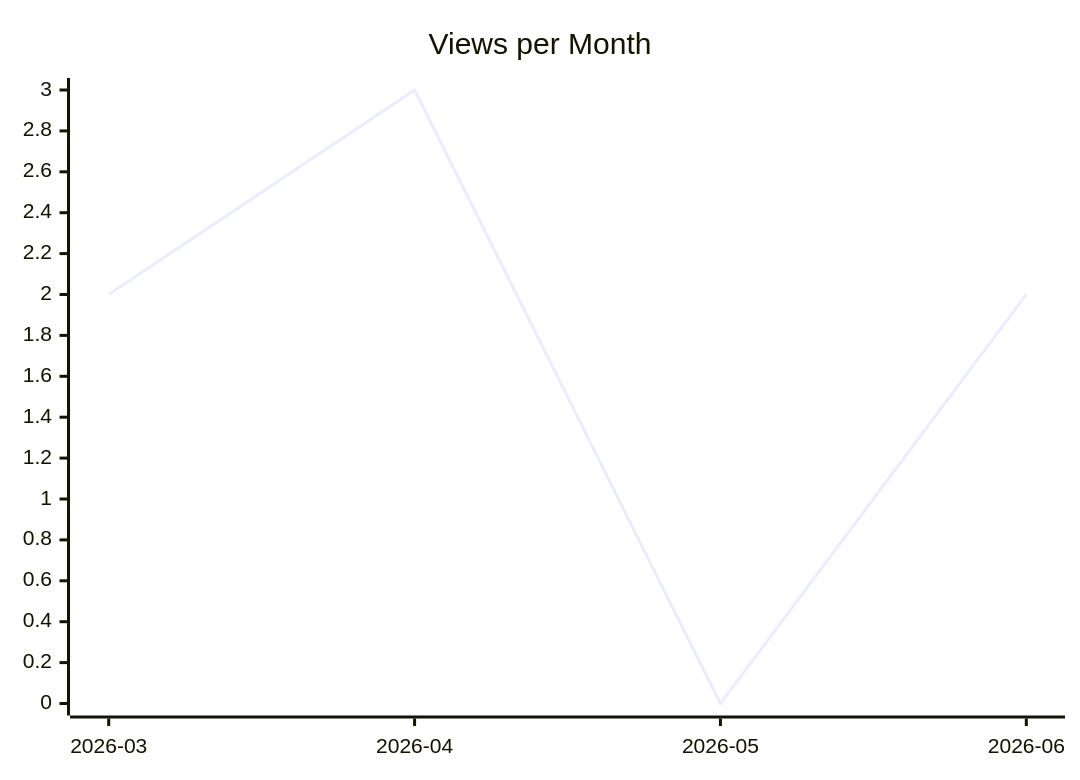
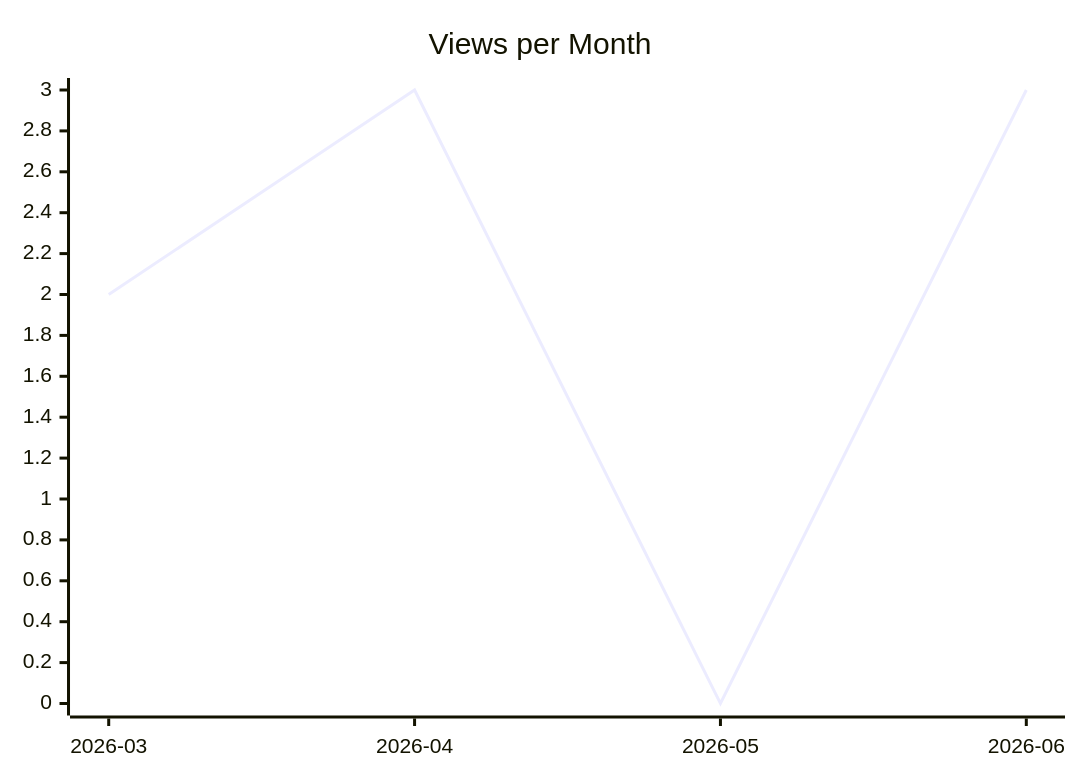
Before and after one commit to justdavis-family/github-analytics-data: the second of 3 diagrams in karlmdavis/ansible-role-bind-dns/README.md, drawn with Mermaid. The commit also changed other lines of this file and 196 other files, not shown here.

````diff
--- a/karlmdavis/ansible-role-bind-dns/README.md
+++ b/karlmdavis/ansible-role-bind-dns/README.md
@@ -12,6 +12,6 @@
 ```mermaid
 xychart-beta
   title "Views per Month"
   x-axis ["2026-03", "2026-04", "2026-05", "2026-06"]
-  line [2, 3, 0, 2]
+  line [2, 3, 0, 3]
 ```
````
